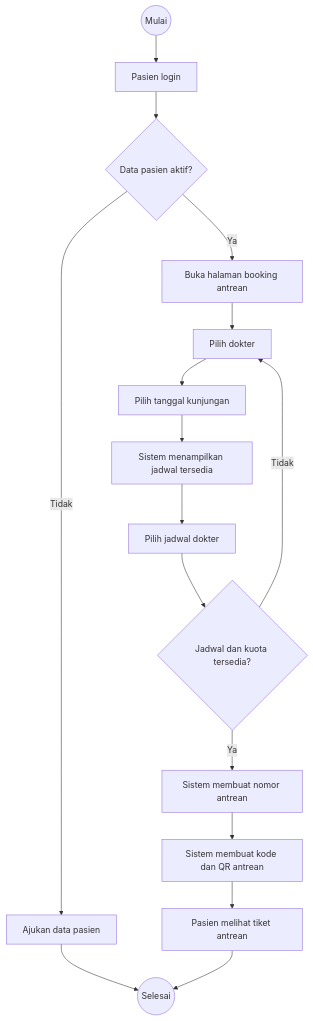
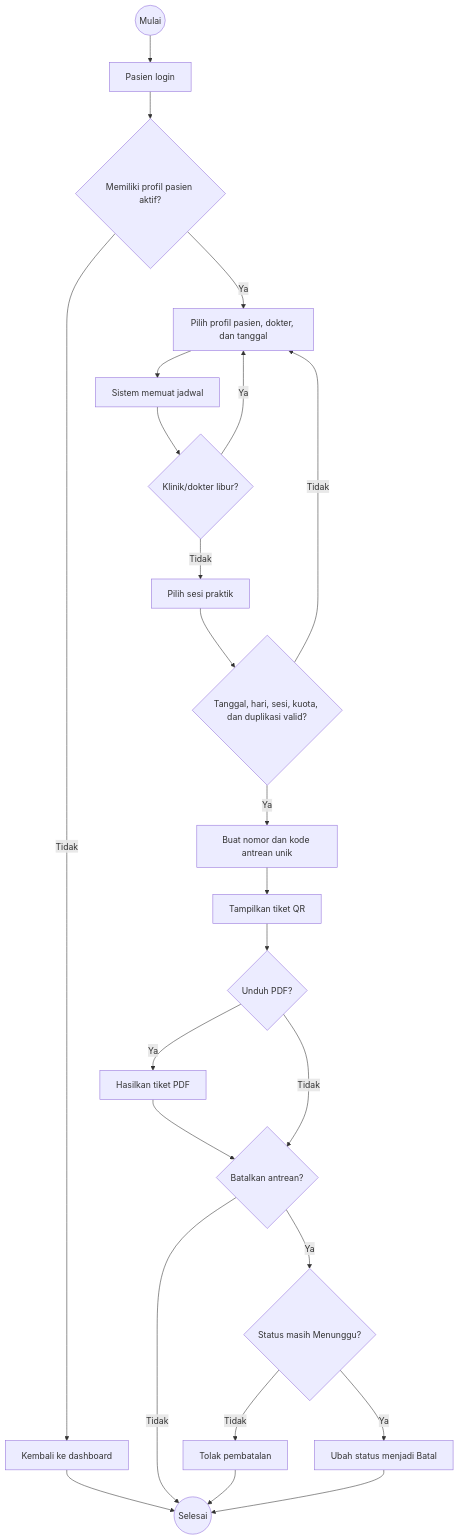
Before and after one commit to Faathir81/Sistem-Informasi-Klinik: the third of 7 diagrams in dokumentasi/spesifikasi-proyek/activity-diagrams.md, drawn with Mermaid. The commit also changed other lines of this file and 5 other files, not shown here.

Commit message:
docs: align project specifications and diagrams with current implementation

````diff
--- a/dokumentasi/spesifikasi-proyek/activity-diagrams.md
+++ b/dokumentasi/spesifikasi-proyek/activity-diagrams.md
@@ -69,23 +51,22 @@
 ```mermaid
 flowchart TD
-    start((Mulai))
-    login[Pasien login]
-    checkActive{Data pasien aktif?}
-    submission[Ajukan data pasien]
-    openBooking[Buka halaman booking antrean]
-    chooseDoctor[Pilih dokter]
-    chooseDate[Pilih tanggal kunjungan]
-    loadSchedule[Sistem menampilkan jadwal tersedia]
-    chooseSchedule[Pilih jadwal dokter]
-    validateQuota{Jadwal dan kuota tersedia?}
-    createQueue[Sistem membuat nomor antrean]
-    generateQr[Sistem membuat kode dan QR antrean]
-    ticket[Pasien melihat tiket antrean]
-    finish((Selesai))
-
-    start --> login --> checkActive
-    checkActive -- Tidak --> submission --> finish
-    checkActive -- Ya --> openBooking --> chooseDoctor --> chooseDate --> loadSchedule --> chooseSchedule --> validateQuota
-    validateQuota -- Tidak --> chooseDoctor
-    validateQuota -- Ya --> createQueue --> generateQr --> ticket --> finish
+    start((Mulai)) --> login[Pasien login]
+    login --> profile{Memiliki profil pasien aktif?}
+    profile -- Tidak --> dashboard[Kembali ke dashboard] --> finish((Selesai))
+    profile -- Ya --> choose[Pilih profil pasien, dokter, dan tanggal]
+    choose --> schedule[Sistem memuat jadwal]
+    schedule --> holiday{Klinik/dokter libur?}
+    holiday -- Ya --> choose
+    holiday -- Tidak --> select[Pilih sesi praktik]
+    select --> validate{Tanggal, hari, sesi, kuota, dan duplikasi valid?}
+    validate -- Tidak --> choose
+    validate -- Ya --> queue[Buat nomor dan kode antrean unik]
+    queue --> ticket[Tampilkan tiket QR]
+    ticket --> pdf{Unduh PDF?}
+    pdf -- Ya --> download[Hasilkan tiket PDF] --> cancel
+    pdf -- Tidak --> cancel{Batalkan antrean?}
+    cancel -- Tidak --> finish
+    cancel -- Ya --> waiting{Status masih Menunggu?}
+    waiting -- Tidak --> error[Tolak pembatalan] --> finish
+    waiting -- Ya --> cancelled[Ubah status menjadi Batal] --> finish
 ```
````
